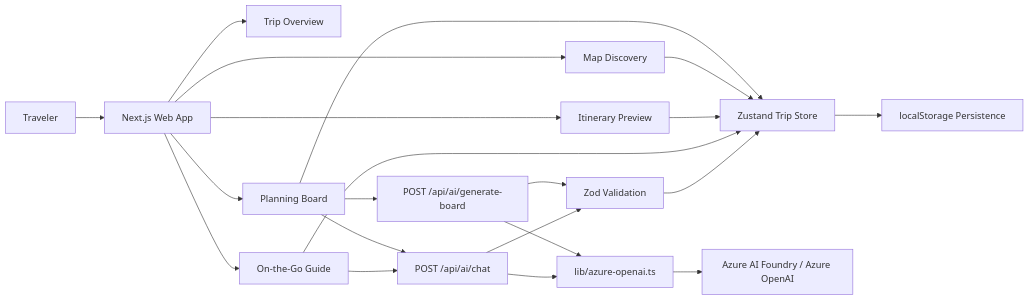
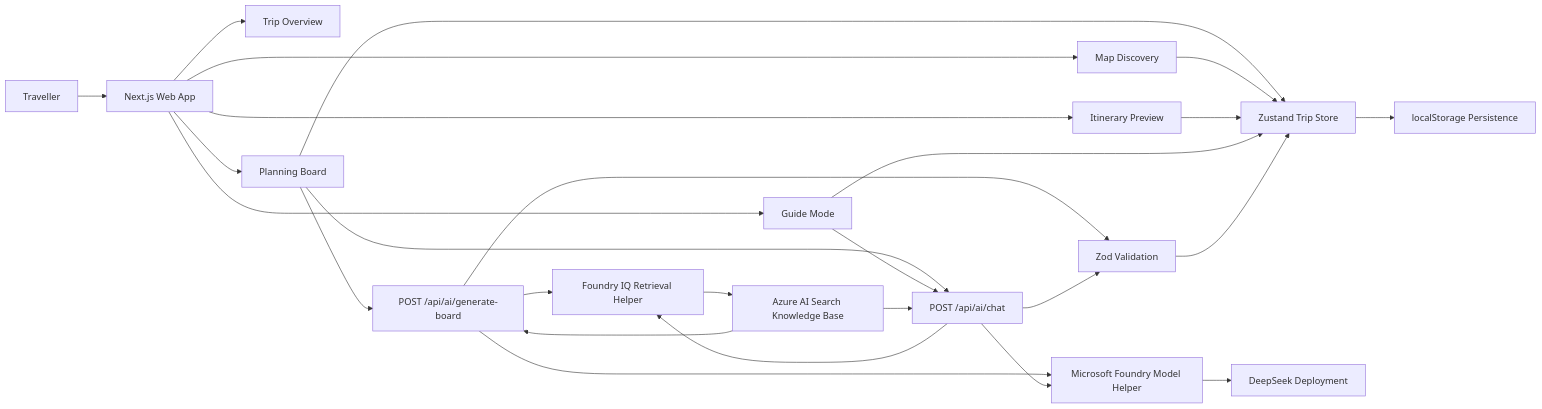
One commit to louisemalvin/wanderboard-proto changed the second of 3 diagrams in README.md. Above: the diagram before and after it, drawn with Mermaid. The commit also changed other lines of this file and 5 other files, not shown here.

Commit message:
docs: overhaul README with Foundry IQ architecture, demo flow, and updated structure

````diff
--- a/README.md
+++ b/README.md
@@ -63,27 +219,35 @@
 ```mermaid
 flowchart LR
-  User[Traveler] --> Web[Next.js Web App]
+  User[Traveller] --> Web[Next.js Web App]
+
   Web --> Home[Trip Overview]
   Web --> Planner[Planning Board]
   Web --> Map[Map Discovery]
   Web --> Itinerary[Itinerary Preview]
-  Web --> Guide[On-the-Go Guide]
+  Web --> Guide[Guide Mode]
 
   Planner --> Store[Zustand Trip Store]
   Map --> Store
   Itinerary --> Store
   Guide --> Store
-  Store --> LocalStorage[localStorage Persistence]
+  Store --> Persistence[localStorage Persistence]
 
-  Planner --> GenerateRoute[POST /api/ai/generate-board]
-  Planner --> ChatRoute[POST /api/ai/chat]
-  Guide --> ChatRoute
+  Planner --> Generate[POST /api/ai/generate-board]
+  Planner --> Chat[POST /api/ai/chat]
+  Guide --> Chat
 
-  GenerateRoute --> AIHelper[lib/azure-openai.ts]
-  ChatRoute --> AIHelper
-  AIHelper --> Azure[Azure AI Foundry / Azure OpenAI]
+  Generate --> Retrieval[Foundry IQ Retrieval Helper]
+  Chat --> Retrieval
+  Retrieval --> KnowledgeBase[Azure AI Search Knowledge Base]
 
-  GenerateRoute --> Zod[Zod Validation]
-  ChatRoute --> Zod
-  Zod --> Store
+  Generate --> ModelHelper[Microsoft Foundry Model Helper]
+  Chat --> ModelHelper
+  ModelHelper --> DeepSeek[DeepSeek Deployment]
+
+  KnowledgeBase --> Generate
+  KnowledgeBase --> Chat
+
+  Generate --> Validation[Zod Validation]
+  Chat --> Validation
+  Validation --> Store
 ```
````
